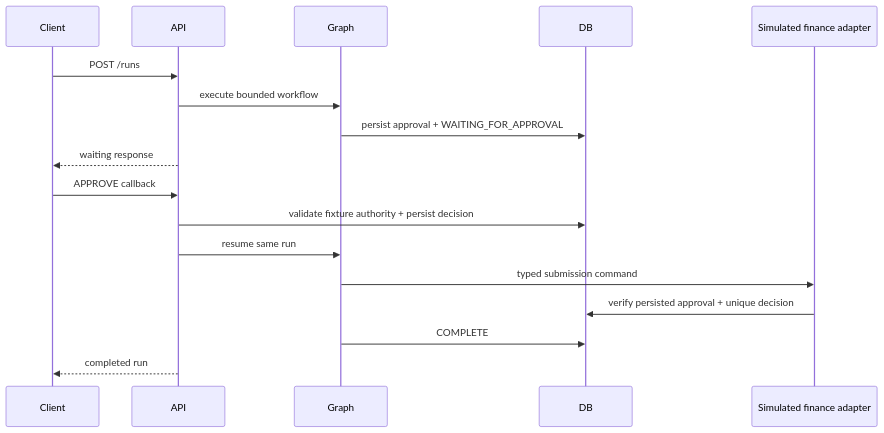
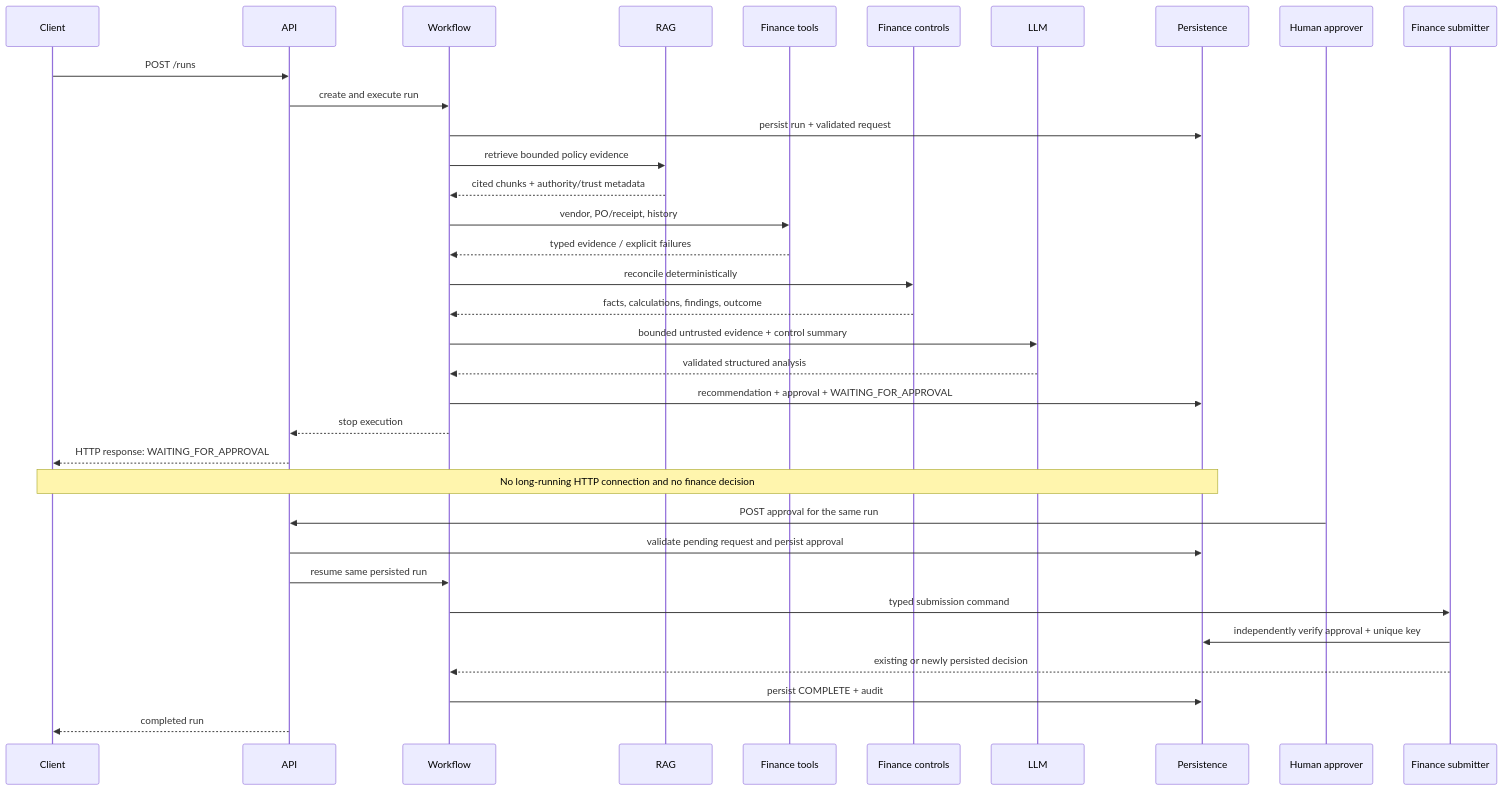
The second of 3 diagrams in docs/workflow.md (anthony-au1/fpa), drawn with Mermaid before and after one commit. The commit also changed other lines of this file and 29 other files, not shown here.

````diff
--- a/docs/workflow.md
+++ b/docs/workflow.md
@@ -32,19 +32,36 @@
 ```mermaid
 sequenceDiagram
     participant Client
     participant API
-    participant Graph
-    participant DB
-    participant Sim as Simulated finance adapter
+    participant Workflow
+    participant RAG
+    participant Tools as Finance tools
+    participant Controls as Finance controls
+    participant LLM
+    participant DB as Persistence
+    participant Human as Human approver
+    participant Submitter as Finance submitter
     Client->>API: POST /runs
-    API->>Graph: execute bounded workflow
-    Graph->>DB: persist approval + WAITING_FOR_APPROVAL
-    API-->>Client: waiting response
-    Client->>API: APPROVE callback
-    API->>DB: validate fixture authority + persist decision
-    API->>Graph: resume same run
-    Graph->>Sim: typed submission command
-    Sim->>DB: verify persisted approval + unique decision
-    Graph->>DB: COMPLETE
+    API->>Workflow: create and execute run
+    Workflow->>DB: persist run + validated request
+    Workflow->>RAG: retrieve bounded policy evidence
+    RAG-->>Workflow: cited chunks + authority/trust metadata
+    Workflow->>Tools: vendor, PO/receipt, history
+    Tools-->>Workflow: typed evidence / explicit failures
+    Workflow->>Controls: reconcile deterministically
+    Controls-->>Workflow: facts, calculations, findings, outcome
+    Workflow->>LLM: bounded untrusted evidence + control summary
+    LLM-->>Workflow: validated structured analysis
+    Workflow->>DB: recommendation + approval + WAITING_FOR_APPROVAL
+    Workflow-->>API: stop execution
+    API-->>Client: HTTP response: WAITING_FOR_APPROVAL
+    Note over Client,DB: No long-running HTTP connection and no finance decision
+    Human->>API: POST approval for the same run
+    API->>DB: validate pending request and persist approval
+    API->>Workflow: resume same persisted run
+    Workflow->>Submitter: typed submission command
+    Submitter->>DB: independently verify approval + unique key
+    Submitter-->>Workflow: existing or newly persisted decision
+    Workflow->>DB: persist COMPLETE + audit
     API-->>Client: completed run
 ```
````
